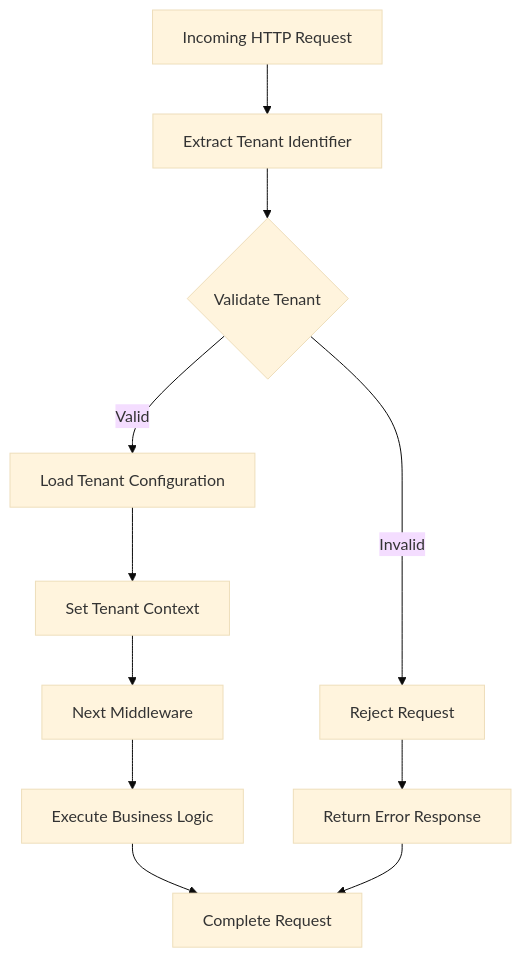
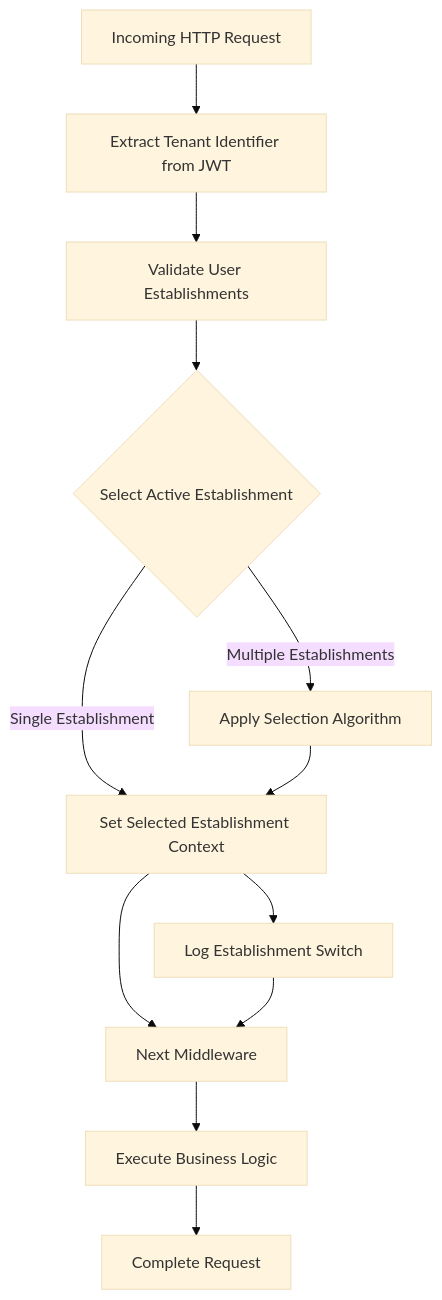
One commit to franckylab/eLISAschool changed the third of 7 diagrams in .qoder/repowiki/en/content/Architecture Overview/Multi-Tenant Architecture.md. Above: the diagram before and after it, drawn with Mermaid (base theme). The commit also changed other lines of this file and 75 other files, not shown here.

````diff
--- a/.qoder/repowiki/en/content/Architecture Overview/Multi-Tenant Architecture.md
+++ b/.qoder/repowiki/en/content/Architecture Overview/Multi-Tenant Architecture.md
@@ -139,13 +180,14 @@
 ```mermaid
 flowchart TD
-Request[Incoming HTTP Request] --> ExtractTenant[Extract Tenant Identifier]
-ExtractTenant --> ValidateTenant{Validate Tenant}
-ValidateTenant --> |Valid| LoadTenant[Load Tenant Configuration]
-ValidateTenant --> |Invalid| RejectRequest[Reject Request]
-LoadTenant --> SetContext[Set Tenant Context]
+Request[Incoming HTTP Request] --> ExtractTenant[Extract Tenant Identifier from JWT]
+ExtractTenant --> ValidateUser[Validate User Establishments]
+ValidateUser --> SelectEstablishment{Select Active Establishment}
+SelectEstablishment --> |Single Establishment| SetContext[Set Single Establishment Context]
+SelectEstablishment --> |Multiple Establishments| SelectionAlgorithm[Apply Selection Algorithm]
+SelectionAlgorithm --> SetContext[Set Selected Establishment Context]
 SetContext --> NextMiddleware[Next Middleware]
-RejectRequest --> ErrorResponse[Return Error Response]
+SetContext --> LogSwitch[Log Establishment Switch]
+LogSwitch --> NextMiddleware
 NextMiddleware --> BusinessLogic[Execute Business Logic]
 BusinessLogic --> CompleteRequest[Complete Request]
-ErrorResponse --> CompleteRequest
 ```
````
